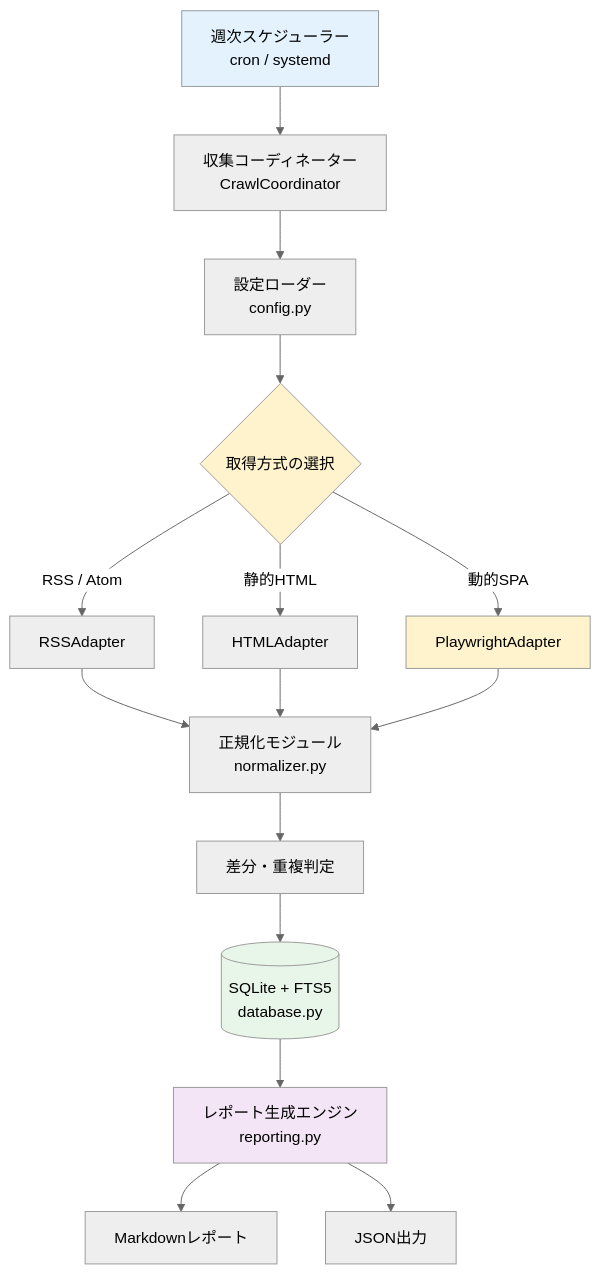
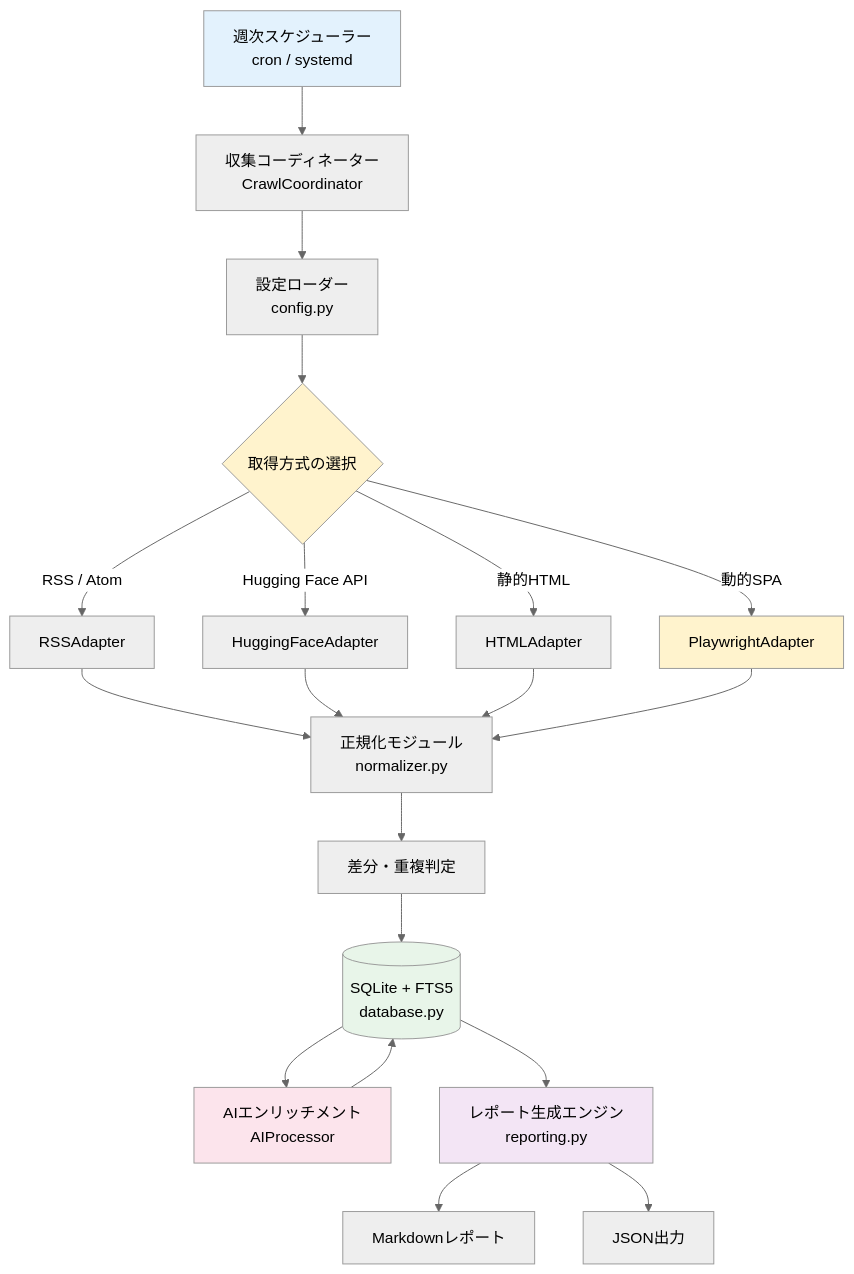
One commit to norizou/news_crawler changed the first of 3 diagrams in Idea_memo.md. Above: the diagram before and after it, drawn with Mermaid (neutral theme). The commit also changed other lines of this file and 27 other files, not shown here.

First line of the commit message:
feat: add AI enrichment, Hugging Face adapter, and visualization features

````diff
--- a/Idea_memo.md
+++ b/Idea_memo.md
@@ -50,23 +52,28 @@
 ```mermaid
 graph TD
     S[週次スケジューラー<br/>cron / systemd] --> C[収集コーディネーター<br/>CrawlCoordinator]
     C --> R[設定ローダー<br/>config.py]
     R --> T{取得方式の選択}
     T -->|RSS / Atom| A[RSSAdapter]
+    T -->|Hugging Face API| H[HuggingFaceAdapter]
     T -->|静的HTML| B[HTMLAdapter]
     T -->|動的SPA| P[PlaywrightAdapter]
     A --> N[正規化モジュール<br/>normalizer.py]
+    H --> N
     B --> N
     P --> N
     N --> D[差分・重複判定]
     D --> DB[(SQLite + FTS5<br/>database.py)]
+    DB --> E[AIエンリッチメント<br/>AIProcessor]
+    E --> DB
     DB --> O[レポート生成エンジン<br/>reporting.py]
     O --> M[Markdownレポート]
     O --> J[JSON出力]
 
     style S fill:#e3f2fd
     style T fill:#fff3cd
     style P fill:#fff3cd
     style DB fill:#e8f5e9
+    style E fill:#fce4ec
     style O fill:#f3e5f5
 ```
````
